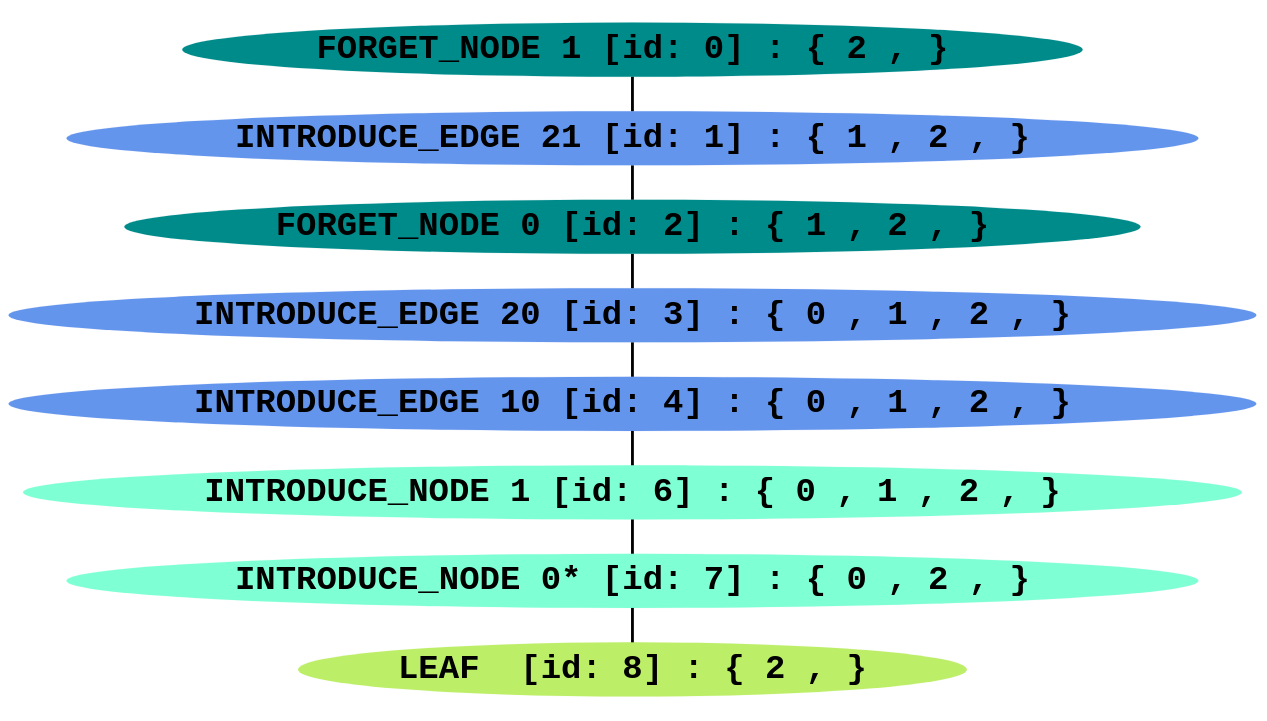
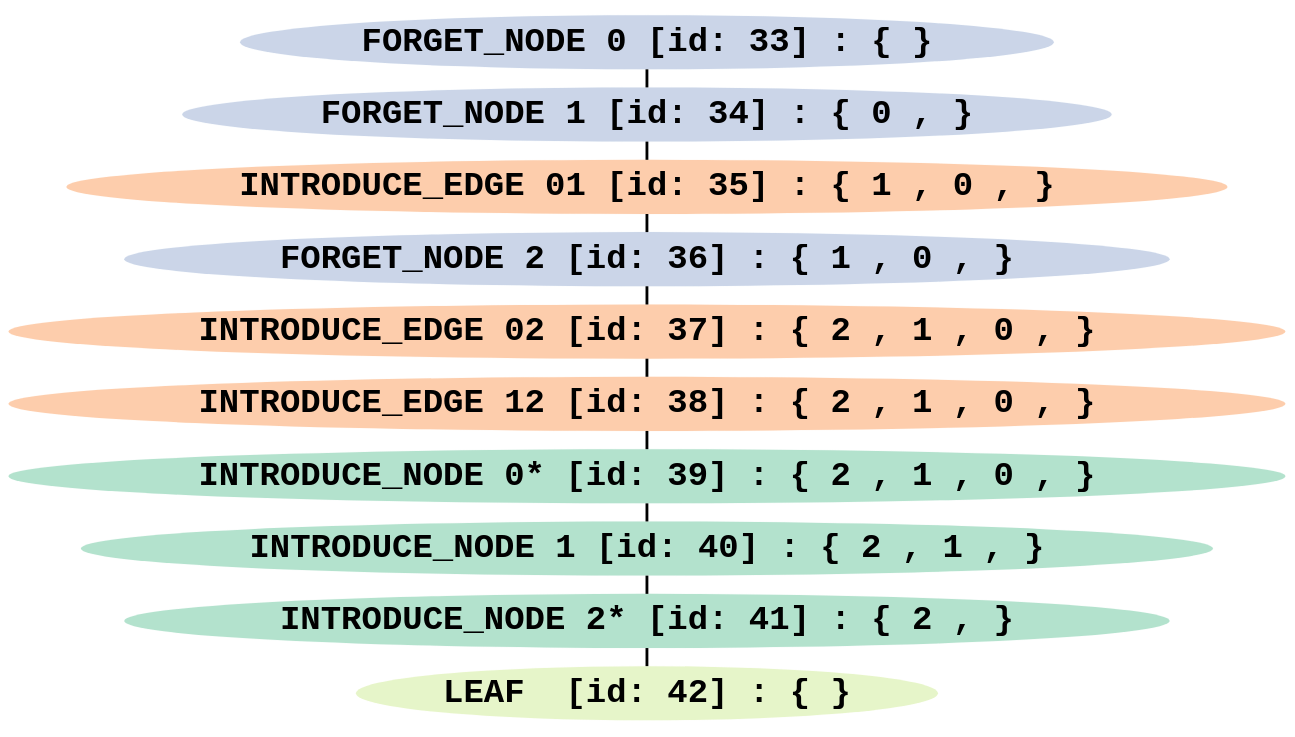
Before and after one commit to polapl/Cut-and-Count: the diagram in example.dot, drawn with Graphviz. The commit also changed 18 other files, not shown here.

```diff
--- a/example.dot
+++ b/example.dot
@@ -1,21 +1,25 @@
 graph G {
 ratio = fill;
 size = "16, 9";
-node [fontsize = 300, fontname="Courier-Bold"];
+node [fontsize = 300, fontname="Courier-Bold", colorscheme="pastel25"];
 edge [penwidth = 25, layer="background", arrowhead=vee, arrowsize=25.0];
-0 [label= "FORGET_NODE 1 [id: 0] : { 2 , }", color=cyan4, style=filled]
-1 [label= "INTRODUCE_EDGE 21 [id: 1] : { 1 , 2 , }", color=cornflowerblue, style=filled]
-0 -- 1;
-2 [label= "FORGET_NODE 0 [id: 2] : { 1 , 2 , }", color=cyan4, style=filled]
-1 -- 2;
-3 [label= "INTRODUCE_EDGE 20 [id: 3] : { 0 , 1 , 2 , }", color=cornflowerblue, style=filled]
-2 -- 3;
-4 [label= "INTRODUCE_EDGE 10 [id: 4] : { 0 , 1 , 2 , }", color=cornflowerblue, style=filled]
-3 -- 4;
-6 [label= "INTRODUCE_NODE 1 [id: 6] : { 0 , 1 , 2 , }", color=aquamarine, style=filled]
-4 -- 6;
-7 [label= "INTRODUCE_NODE 0* [id: 7] : { 0 , 2 , }", color=aquamarine, style=filled]
-6 -- 7;
-8 [label= "LEAF  [id: 8] : { 2 , }", color=darkolivegreen2, style=filled]
-7 -- 8;
+33 [label= "FORGET_NODE 0 [id: 33] : { }", color=3, style=filled]
+34 [label= "FORGET_NODE 1 [id: 34] : { 0 , }", color=3, style=filled]
+33 -- 34;
+35 [label= "INTRODUCE_EDGE 01 [id: 35] : { 1 , 0 , }", color=2, style=filled]
+34 -- 35;
+36 [label= "FORGET_NODE 2 [id: 36] : { 1 , 0 , }", color=3, style=filled]
+35 -- 36;
+37 [label= "INTRODUCE_EDGE 02 [id: 37] : { 2 , 1 , 0 , }", color=2, style=filled]
+36 -- 37;
+38 [label= "INTRODUCE_EDGE 12 [id: 38] : { 2 , 1 , 0 , }", color=2, style=filled]
+37 -- 38;
+39 [label= "INTRODUCE_NODE 0* [id: 39] : { 2 , 1 , 0 , }", color=1, style=filled]
+38 -- 39;
+40 [label= "INTRODUCE_NODE 1 [id: 40] : { 2 , 1 , }", color=1, style=filled]
+39 -- 40;
+41 [label= "INTRODUCE_NODE 2* [id: 41] : { 2 , }", color=1, style=filled]
+40 -- 41;
+42 [label= "LEAF  [id: 42] : { }", color=5, style=filled]
+41 -- 42;
 }
```
